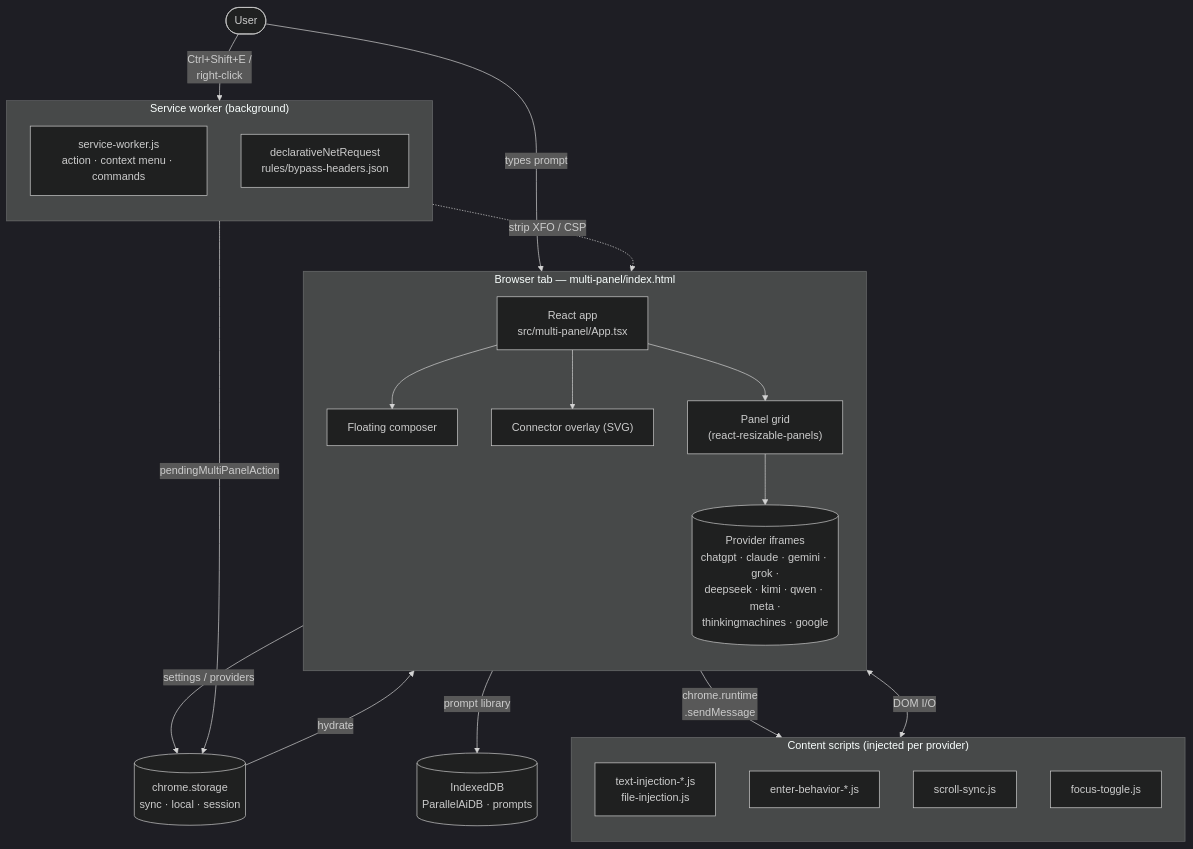
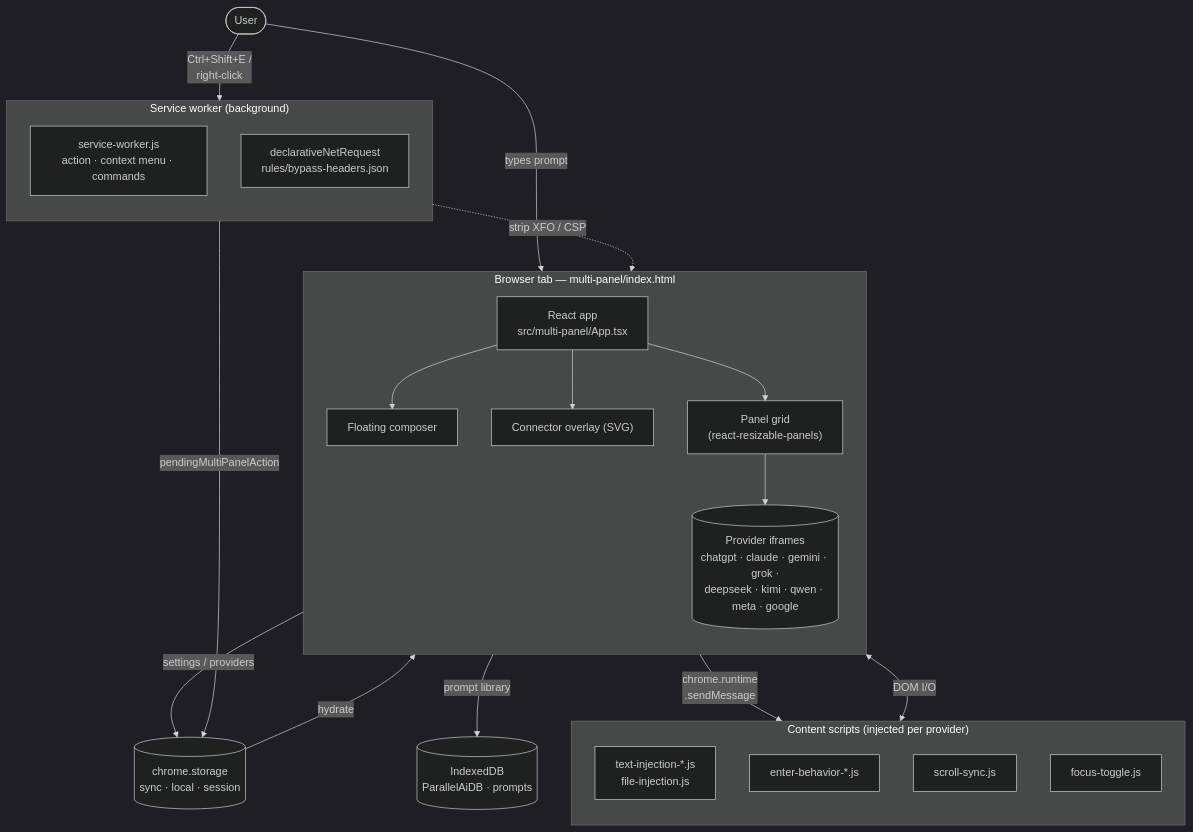
The first of 2 diagrams in README.md (ParkerCai/parallel-ai-extension), drawn with Mermaid (dark theme) before and after one commit. The commit also changed other lines of this file and 19 other files, not shown here.

````diff
--- a/README.md
+++ b/README.md
@@ -108,44 +107,44 @@
 ```mermaid
 flowchart TB
   user(["User"])
 
   subgraph bg["Service worker (background)"]
     direction TB
     sw["service-worker.js<br/>action · context menu · commands"]
     dnr["declarativeNetRequest<br/>rules/bypass-headers.json"]
   end
 
   storage[("chrome.storage<br/>sync · local · session")]
   idb[("IndexedDB<br/>ParallelAiDB · prompts")]
 
   subgraph tab["Browser tab — multi-panel/index.html"]
     direction TB
     react["React app<br/>src/multi-panel/App.tsx"]
     composer["Floating composer"]
     overlay["Connector overlay (SVG)"]
     grid["Panel grid<br/>(react-resizable-panels)"]
-    iframes[("Provider iframes<br/>chatgpt · claude · gemini · grok ·<br/>deepseek · kimi · qwen · meta ·<br/>thinkingmachines · google")]
+    iframes[("Provider iframes<br/>chatgpt · claude · gemini · grok ·<br/>deepseek · kimi · qwen · meta · google")]
     react --> composer
     react --> overlay
     react --> grid
     grid --> iframes
   end
 
   subgraph cs["Content scripts (injected per provider)"]
     direction TB
     inject["text-injection-*.js<br/>file-injection.js"]
     enterkey["enter-behavior-*.js"]
     sync["scroll-sync.js"]
     focus["focus-toggle.js"]
   end
 
   user -- "Ctrl+Shift+E /<br/>right-click" --> sw
   user -- "types prompt" --> composer
   sw -- "pendingMultiPanelAction" --> storage
   storage -- "hydrate" --> react
   react -- "settings / providers" --> storage
   react -- "prompt library" --> idb
   composer -- "chrome.runtime<br/>.sendMessage" --> cs
   iframes <-- "DOM I/O" --> cs
   dnr -. "strip XFO / CSP" .-> iframes
 ```
````
